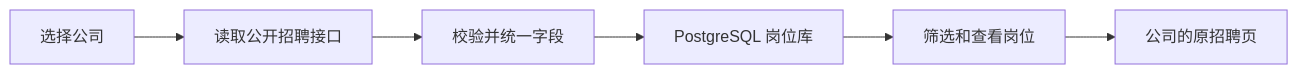
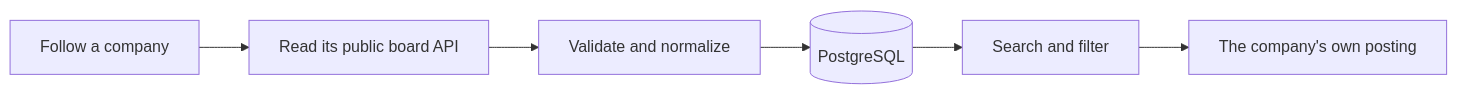
The diagram in backend/README.md (heyemlee/work-tracker), drawn with Mermaid before and after one commit. The commit also changed other lines of this file, not shown here.

````diff
--- a/backend/README.md
+++ b/backend/README.md
@@ -185,8 +34,8 @@
 ```mermaid
 flowchart LR
-  choice[选择公司] --> sources[读取公开招聘接口]
-  sources --> validate[校验并统一字段]
-  validate --> store[PostgreSQL 岗位库]
-  store --> list[筛选和查看岗位]
-  list --> original[公司的原招聘页]
+  follow[Follow a company] --> read[Read its public board API]
+  read --> check[Validate and normalize]
+  check --> store[(PostgreSQL)]
+  store --> search[Search and filter]
+  search --> apply[The company's own posting]
 ```
````
